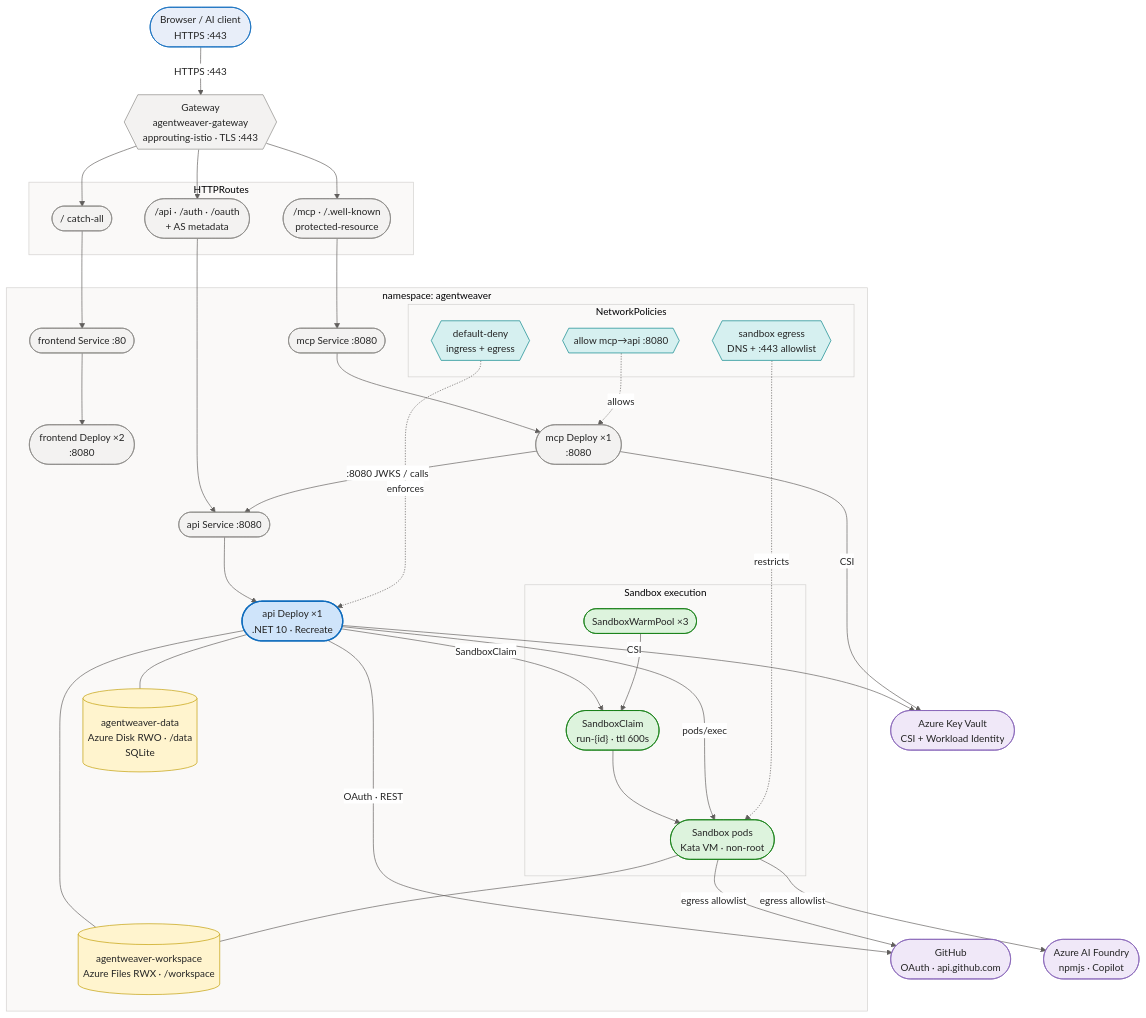
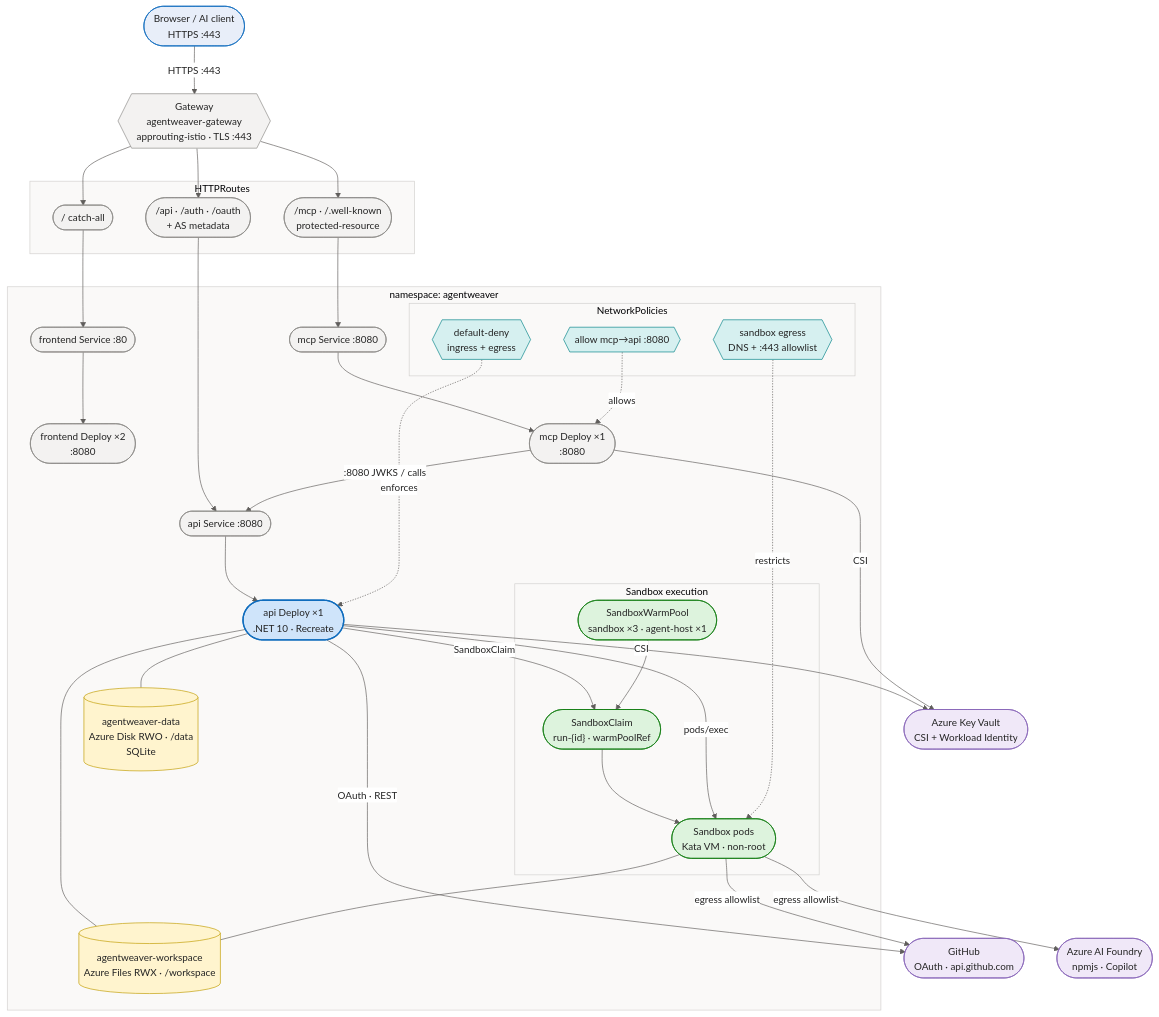
Before and after one commit to sabbour/agentweaver: the first of 5 diagrams in docs/architecture-aks.md, drawn with Mermaid. The commit also changed other lines of this file and 8 other files, not shown here.

First line of the commit message:
docs(sandbox): document v1beta1 warmPoolRef SandboxClaim contract + agent-host warm pool

````diff
--- a/docs/architecture-aks.md
+++ b/docs/architecture-aks.md
@@ -15,78 +15,78 @@
 ```mermaid
 %%{init: {'theme':'base','themeVariables':{'fontFamily':'Segoe UI, system-ui, -apple-system, sans-serif','fontSize':'15px','primaryColor':'#E8EEF9','primaryBorderColor':'#0F6CBD','primaryTextColor':'#242424','lineColor':'#605E5C','clusterBkg':'#FAF9F8','clusterBorder':'#D2D0CE','edgeLabelBackground':'#FFFFFF'}}}%%
 flowchart TB
     client(["Browser / AI client<br/>HTTPS :443"])
 
     gw{{"Gateway<br/>agentweaver-gateway<br/>approuting-istio · TLS :443"}}
 
     subgraph routes["HTTPRoutes"]
         rApi(["/api · /auth · /oauth<br/>+ AS metadata"])
         rMcp(["/mcp · /.well-known<br/>protected-resource"])
         rFe(["/ catch-all"])
     end
 
     subgraph ns["namespace: agentweaver"]
         feSvc(["frontend Service :80"])
         fe(["frontend Deploy ×2<br/>:8080"])
         apiSvc(["api Service :8080"])
         api(["api Deploy ×1<br/>.NET 10 · Recreate"])
         mcpSvc(["mcp Service :8080"])
         mcp(["mcp Deploy ×1<br/>:8080"])
 
         subgraph execpool["Sandbox execution"]
-            warm(["SandboxWarmPool ×3"])
-            claim(["SandboxClaim<br/>run-{id} · ttl 600s"])
+            warm(["SandboxWarmPool<br/>sandbox ×3 · agent-host ×1"])
+            claim(["SandboxClaim<br/>run-{id} · warmPoolRef"])
             sb(["Sandbox pods<br/>Kata VM · non-root"])
         end
 
         appdb[("agentweaver-data<br/>Azure Disk RWO · /data<br/>SQLite")]
         ws[("agentweaver-workspace<br/>Azure Files RWX · /workspace")]
 
         subgraph netpol["NetworkPolicies"]
             pDeny{{"default-deny<br/>ingress + egress"}}
             pMcp{{"allow mcp→api :8080"}}
             pSb{{"sandbox egress<br/>DNS + :443 allowlist"}}
         end
     end
 
     kv(["Azure Key Vault<br/>CSI + Workload Identity"])
     gh(["GitHub<br/>OAuth · api.github.com"])
     ai(["Azure AI Foundry<br/>npmjs · Copilot"])
 
     client -->|"HTTPS :443"| gw
     gw --> rApi --> apiSvc --> api
     gw --> rMcp --> mcpSvc --> mcp
     gw --> rFe --> feSvc --> fe
     mcp -->|":8080 JWKS / calls"| apiSvc
     api -->|"SandboxClaim"| claim
     warm --> claim --> sb
     api -->|"pods/exec"| sb
     api --- appdb
     api --- ws
     sb --- ws
     api -->|"CSI"| kv
     mcp -->|"CSI"| kv
     api -->|"OAuth · REST"| gh
     sb -->|"egress allowlist"| gh
     sb -->|"egress allowlist"| ai
 
     pDeny -. enforces .-> api
     pMcp -. allows .-> mcp
     pSb -. restricts .-> sb
 
     classDef client fill:#E8EEF9,stroke:#0F6CBD,stroke-width:1px,color:#242424;
     classDef svc fill:#F3F2F1,stroke:#8A8886,stroke-width:1px,color:#242424;
     classDef core fill:#CFE4FA,stroke:#0F6CBD,stroke-width:2px,color:#242424;
     classDef data fill:#FFF4CE,stroke:#C19C00,stroke-width:1px,color:#242424;
     classDef ext fill:#F0E8F8,stroke:#8764B8,stroke-width:1px,color:#242424;
     classDef runtime fill:#DDF3DD,stroke:#107C10,stroke-width:1px,color:#242424;
     classDef evt fill:#D6F0F0,stroke:#038387,stroke-width:1px,color:#242424;
 
     class client client;
     class gw,rApi,rMcp,rFe,feSvc,fe,mcpSvc,mcp,apiSvc svc;
     class api core;
     class warm,claim,sb runtime;
     class appdb,ws data;
     class pDeny,pMcp,pSb evt;
     class kv,gh,ai ext;
 ```
````
